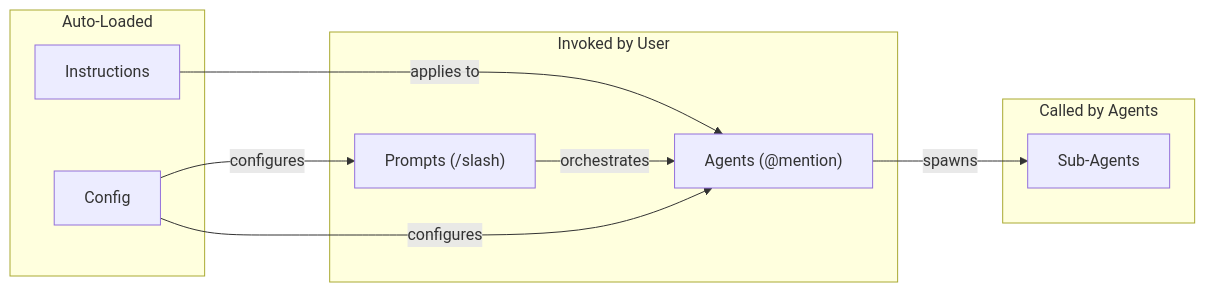
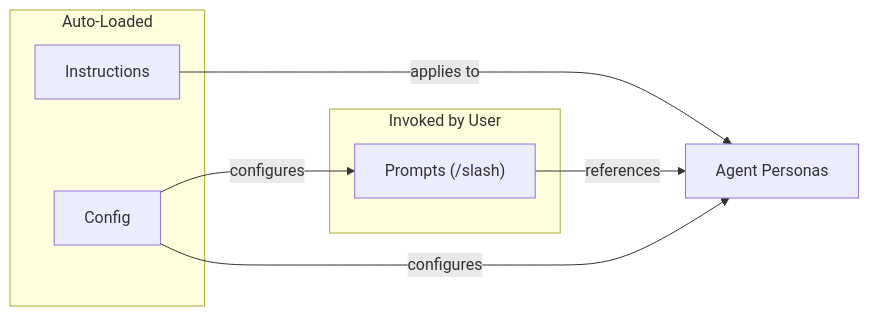
Before and after one commit to jwmunn/copilot-config: the second of 4 diagrams in README.md, drawn with Mermaid. The commit also changed other lines of this file and 3 other files, not shown here.

First line of the commit message:
docs(workflows): align architecture docs with current persona model

````diff
--- a/README.md
+++ b/README.md
@@ -153,22 +144,16 @@
 ```mermaid
 graph LR
     subgraph "Invoked by User"
         P["Prompts (/slash)"]
-        AG["Agents (@mention)"]
-    end
-    
-    subgraph "Called by Agents"
-        SUB["Sub-Agents"]
     end
     
     subgraph "Auto-Loaded"
         I["Instructions"]
         C["Config"]
     end
     
-    P --> |orchestrates| AG
-    AG --> |spawns| SUB
+    P --> |references| AG["Agent Personas"]
     I --> |applies to| AG
     C --> |configures| P
     C --> |configures| AG
 ```
````
